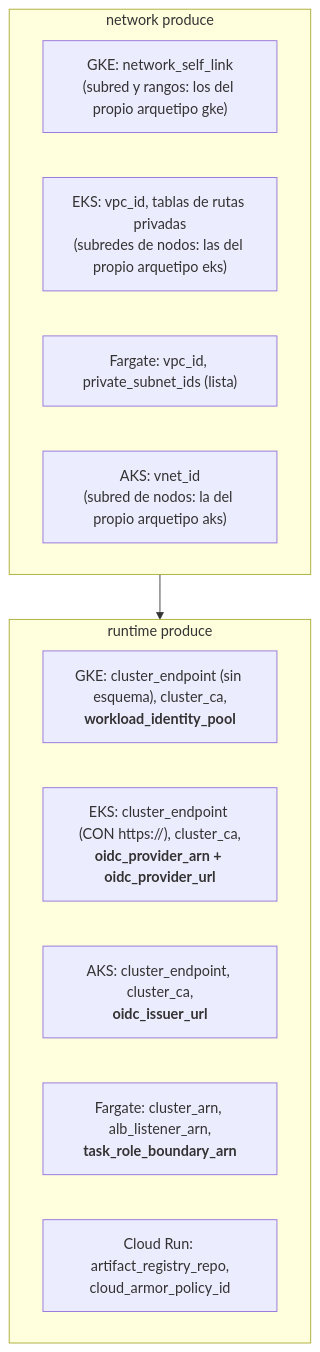
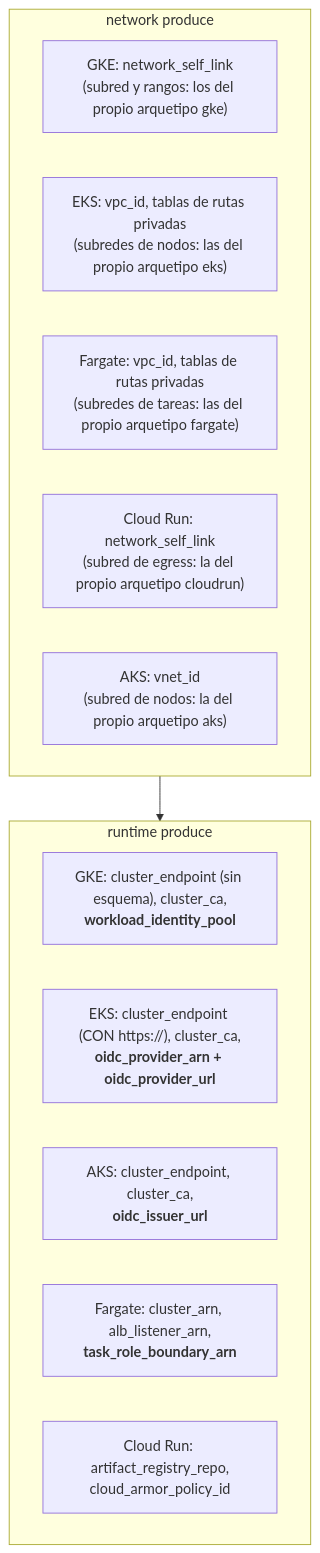
The tenth of 19 diagrams in docs/es/platform-overview.md (aescanero/proposal_documents), drawn with Mermaid before and after one commit. The commit also changed 7 other files, not shown here.

First line of the commit message:
Cloud Run and ECS Fargate guides: the runtime creates its own subnets (en and es)

````diff
--- a/docs/es/platform-overview.md
+++ b/docs/es/platform-overview.md
@@ -271,17 +271,18 @@
 ```mermaid
 flowchart TD
     subgraph NET["network produce"]
         G1["GKE: network_self_link<br/>(subred y rangos: los del propio arquetipo gke)"]
         A1["EKS: vpc_id, tablas de rutas privadas<br/>(subredes de nodos: las del propio arquetipo eks)"]
-        F1["Fargate: vpc_id, private_subnet_ids (lista)"]
+        F1["Fargate: vpc_id, tablas de rutas privadas<br/>(subredes de tareas: las del propio arquetipo fargate)"]
+        C1["Cloud Run: network_self_link<br/>(subred de egress: la del propio arquetipo cloudrun)"]
         Z1["AKS: vnet_id<br/>(subred de nodos: la del propio arquetipo aks)"]
     end
     subgraph CLU["runtime produce"]
         G2["GKE: cluster_endpoint (sin esquema), cluster_ca,<br/><b>workload_identity_pool</b>"]
         A2["EKS: cluster_endpoint (CON https://), cluster_ca,<br/><b>oidc_provider_arn + oidc_provider_url</b>"]
         Z2["AKS: cluster_endpoint, cluster_ca,<br/><b>oidc_issuer_url</b>"]
         F2["Fargate: cluster_arn, alb_listener_arn,<br/><b>task_role_boundary_arn</b>"]
         C2["Cloud Run: artifact_registry_repo,<br/>cloud_armor_policy_id"]
     end
     NET --> CLU
 ```
````
